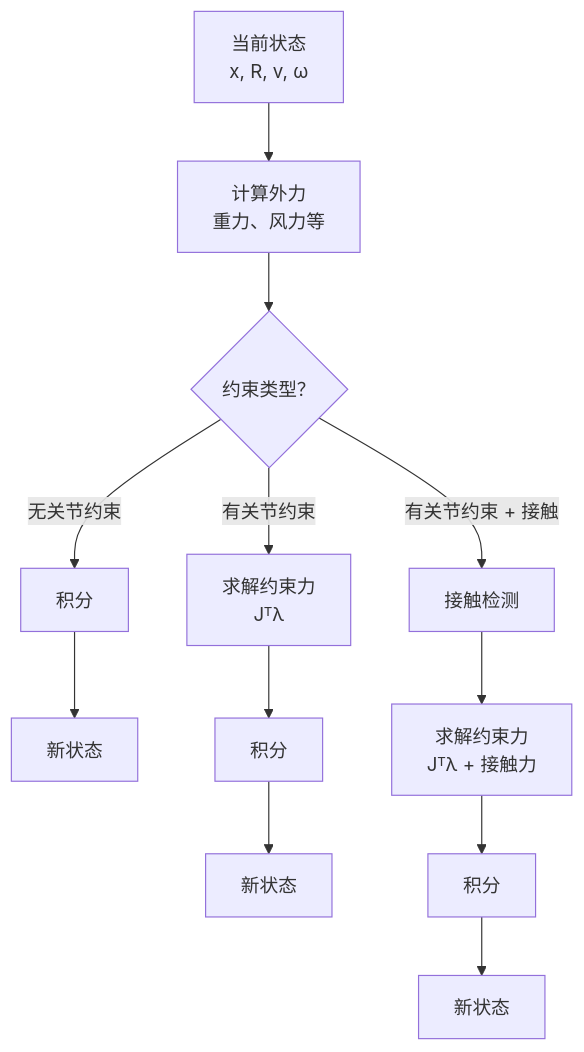
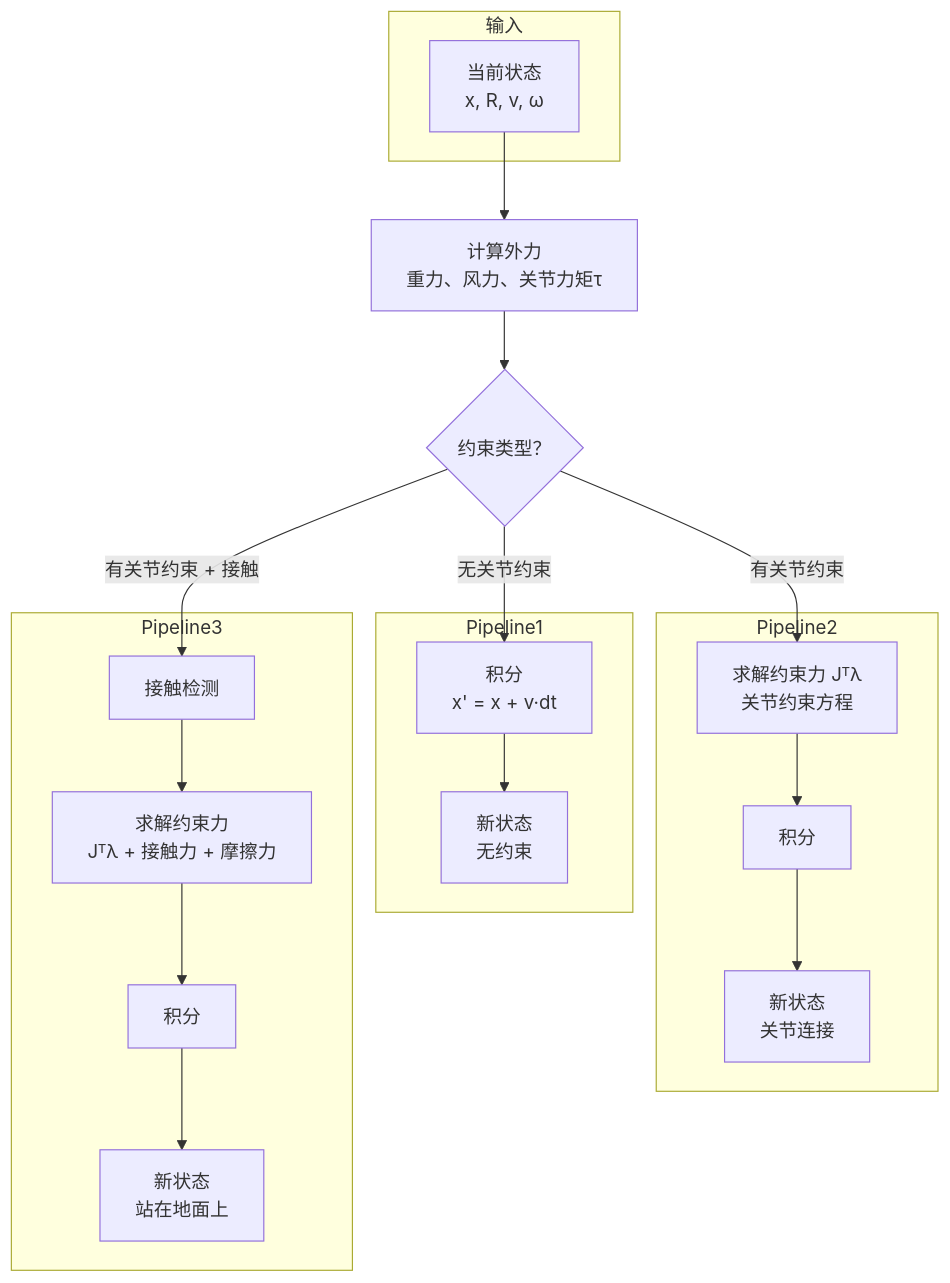
One commit to CaterpillarStudyGroup/GAMES105_mdbook changed the second of 3 diagrams in src/Simulation.md. Above: the diagram before and after it, drawn with Mermaid. The commit also changed other lines of this file, not shown here.

Commit message:
Simulation.md: Convert diagrams to Mermaid
1. Section 1.2: Controller-Simulator relationship
   - Replaced ASCII diagram with Mermaid flowchart
   - Added subgraphs for controller/simulator problems

2. Section 1.3: Simulation Pipeline
   - Redesigned Mermaid flowchart with subgraphs for 3 pipelines
   - Removed redundant ASCII pipeline diagrams
   - Kept text descriptions for each pipeline type

````diff
--- a/src/Simulation.md
+++ b/src/Simulation.md
@@ -51,17 +60,43 @@
 ```mermaid
 flowchart TD
-    A[当前状态<br/>x, R, v, ω] --> B[计算外力<br/>重力、风力等]
-    B --> C{约束类型？}
+    subgraph 输入
+        A[当前状态<br/>x, R, v, ω]
+    end
 
-    C -->|无关节约束 | D[积分]
-    D --> E[新状态]
+    B[计算外力<br/>重力、风力、关节力矩τ]
 
-    C -->|有关节约束 | F[求解约束力<br/>Jᵀλ]
-    F --> G[积分]
-    G --> H[新状态]
+    C{约束类型？}
 
-    C -->|有关节约束 + 接触 | I[接触检测]
-    I --> J[求解约束力<br/>Jᵀλ + 接触力]
-    J --> K[积分]
-    K --> L[新状态]
+    subgraph Pipeline1
+        D1[积分<br/>x' = x + v·dt]
+        E1[新状态<br/>无约束]
+    end
+
+    subgraph Pipeline2
+        D2[求解约束力 Jᵀλ<br/>关节约束方程]
+        E2[积分]
+        F2[新状态<br/>关节连接]
+    end
+
+    subgraph Pipeline3
+        D3[接触检测]
+        E3[求解约束力<br/>Jᵀλ + 接触力 + 摩擦力]
+        F3[积分]
+        G3[新状态<br/>站在地面上]
+    end
+
+    A --> B
+    B --> C
+
+    C -->|无关节约束 | D1
+    D1 --> E1
+
+    C -->|有关节约束 | D2
+    D2 --> E2
+    E2 --> F2
+
+    C -->|有关节约束 + 接触 | D3
+    D3 --> E3
+    E3 --> F3
+    F3 --> G3
 ```
````
